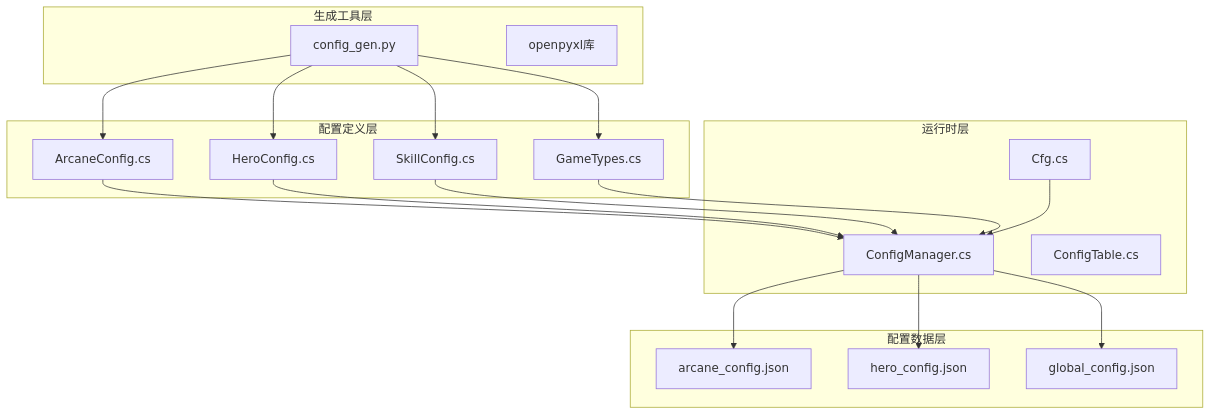
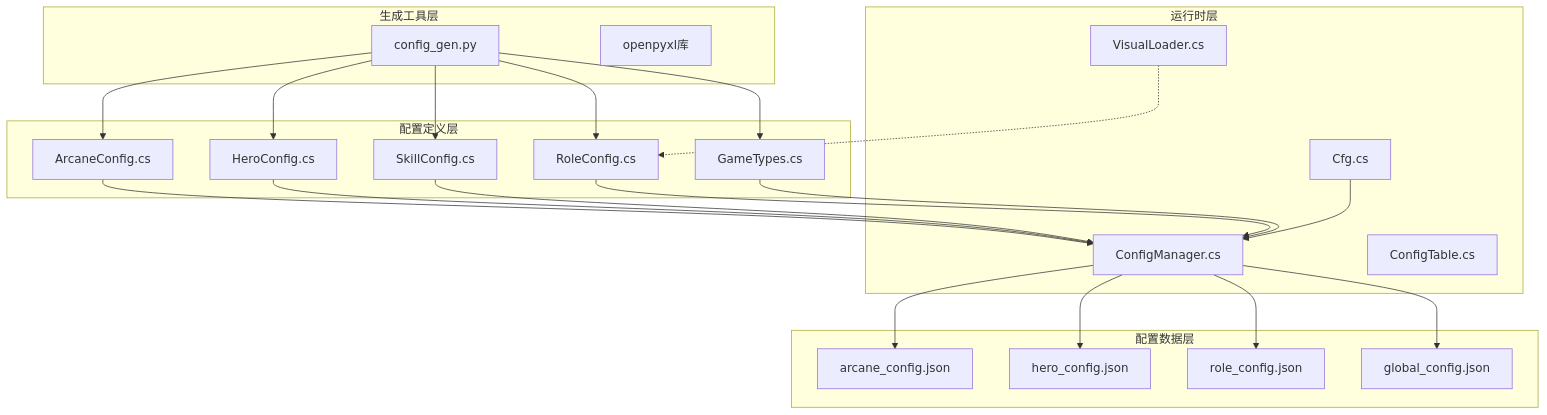
The seventh of 8 diagrams in .qoder/repowiki/zh/content/Old Configuration System.md (Tuusen/p1_client), drawn with Mermaid before and after one commit. The commit also changed other lines of this file and 5 other files, not shown here.

````diff
--- a/.qoder/repowiki/zh/content/Old Configuration System.md
+++ b/.qoder/repowiki/zh/content/Old Configuration System.md
@@ -363,35 +455,42 @@
 ```mermaid
 graph TB
 subgraph "生成工具层"
 config_gen.py[config_gen.py]
 openpyxl[openpyxl库]
 end
 subgraph "配置定义层"
 ArcaneConfig.cs[ArcaneConfig.cs]
 HeroConfig.cs[HeroConfig.cs]
 SkillConfig.cs[SkillConfig.cs]
+RoleConfig.cs[RoleConfig.cs]
 GameTypes.cs[GameTypes.cs]
 end
 subgraph "运行时层"
 Cfg.cs[Cfg.cs]
 ConfigManager.cs[ConfigManager.cs]
 ConfigTable.cs[ConfigTable.cs]
+VisualLoader.cs[VisualLoader.cs]
 end
 subgraph "配置数据层"
 arcane_config.json[arcane_config.json]
 hero_config.json[hero_config.json]
+role_config.json[role_config.json]
 global_config.json[global_config.json]
 end
 config_gen.py --> ArcaneConfig.cs
 config_gen.py --> HeroConfig.cs
 config_gen.py --> SkillConfig.cs
+config_gen.py --> RoleConfig.cs
 config_gen.py --> GameTypes.cs
 ArcaneConfig.cs --> ConfigManager.cs
 HeroConfig.cs --> ConfigManager.cs
 SkillConfig.cs --> ConfigManager.cs
+RoleConfig.cs --> ConfigManager.cs
 GameTypes.cs --> ConfigManager.cs
 Cfg.cs --> ConfigManager.cs
 ConfigManager.cs --> arcane_config.json
 ConfigManager.cs --> hero_config.json
+ConfigManager.cs --> role_config.json
 ConfigManager.cs --> global_config.json
+VisualLoader.cs -.-> RoleConfig.cs
 ```
````
